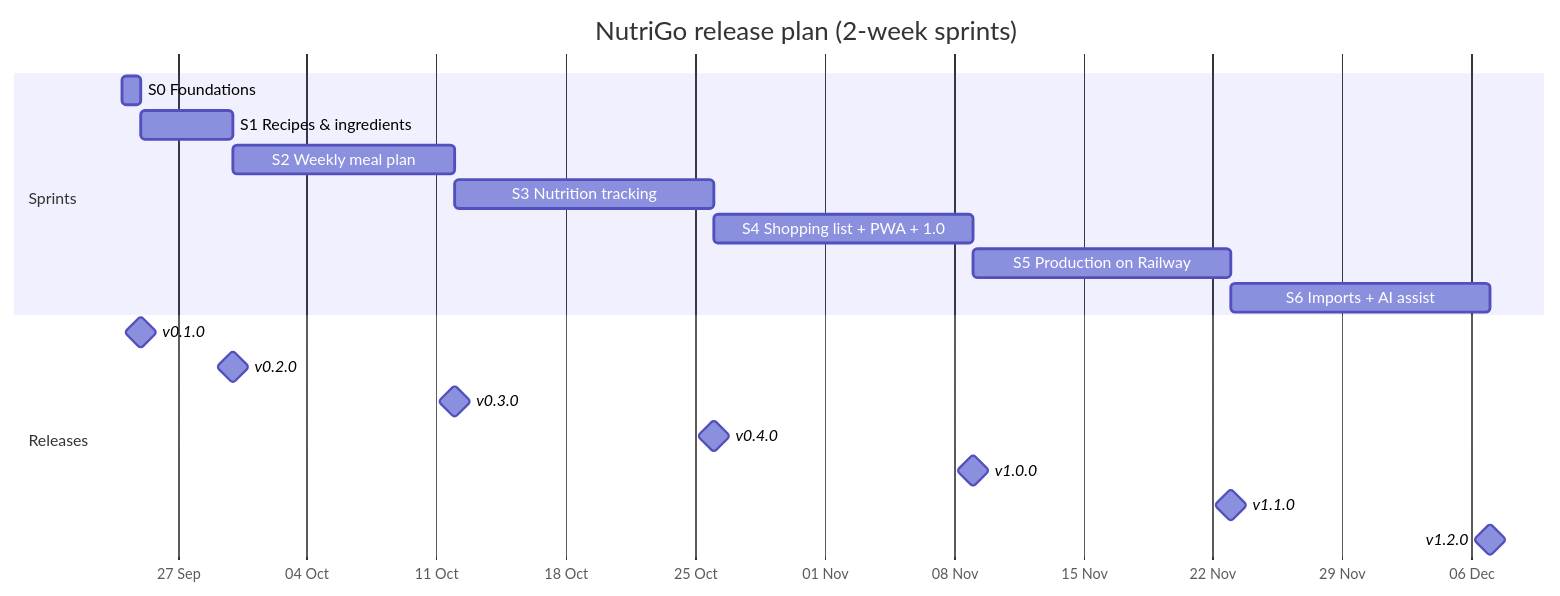
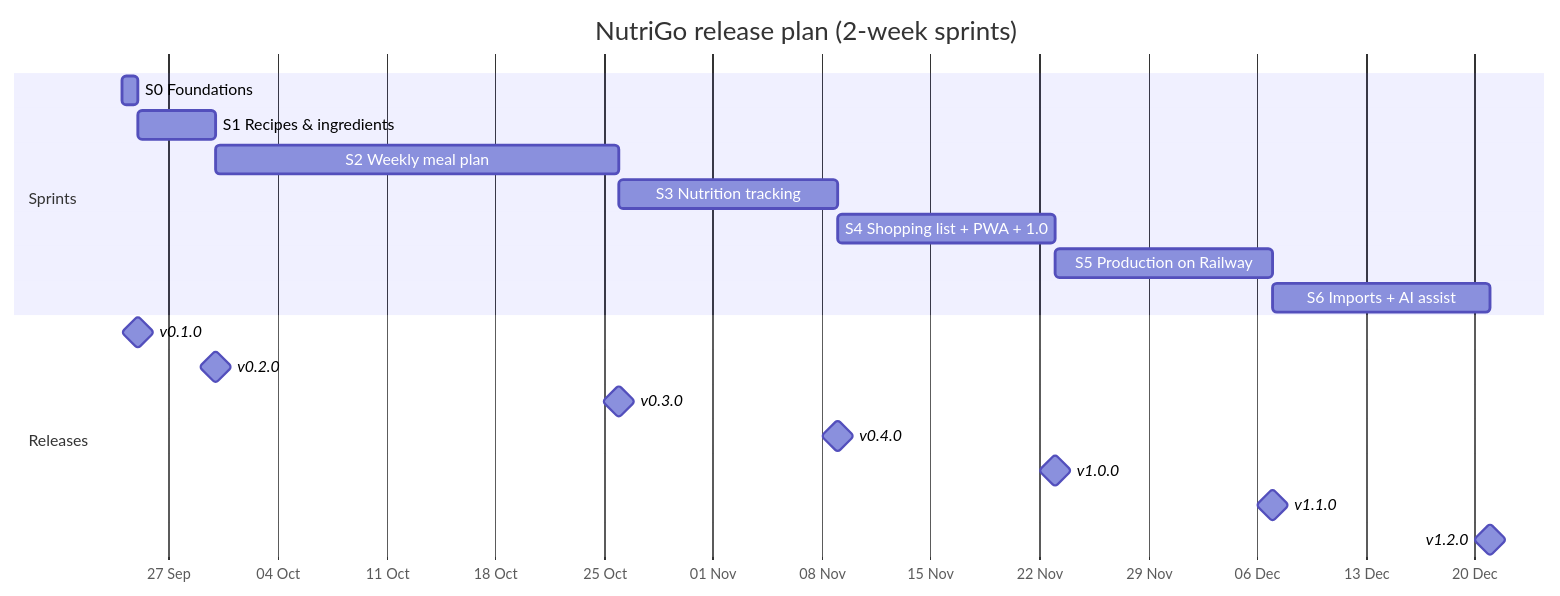
The first of 2 diagrams in docs/roadmap.md (micheltsarasoa/nutrigo), drawn with Mermaid before and after one commit. The commit also changed other lines of this file, not shown here.

Commit message:
docs: move the end of S2 to 25 Oct

````diff
--- a/docs/roadmap.md
+++ b/docs/roadmap.md
@@ -5,22 +5,22 @@
 ```mermaid
 gantt
     title NutriGo release plan (2-week sprints)
     dateFormat YYYY-MM-DD
     axisFormat %d %b
     section Sprints
     S0 Foundations            :s0, 2026-09-24, 1d
     S1 Recipes & ingredients  :s1, 2026-09-25, 5d
-    S2 Weekly meal plan       :s2, 2026-09-30, 12d
+    S2 Weekly meal plan       :s2, 2026-09-30, 26d
     S3 Nutrition tracking     :s3, after s2, 14d
     S4 Shopping list + PWA + 1.0 :s4, after s3, 14d
     S5 Production on Railway  :s5, after s4, 14d
     S6 Imports + AI assist    :s6, after s5, 14d
     section Releases
     v0.1.0 :milestone, after s0, 0d
     v0.2.0 :milestone, after s1, 0d
     v0.3.0 :milestone, after s2, 0d
     v0.4.0 :milestone, after s3, 0d
     v1.0.0 :milestone, after s4, 0d
     v1.1.0 :milestone, after s5, 0d
     v1.2.0 :milestone, after s6, 0d
 ```
````
